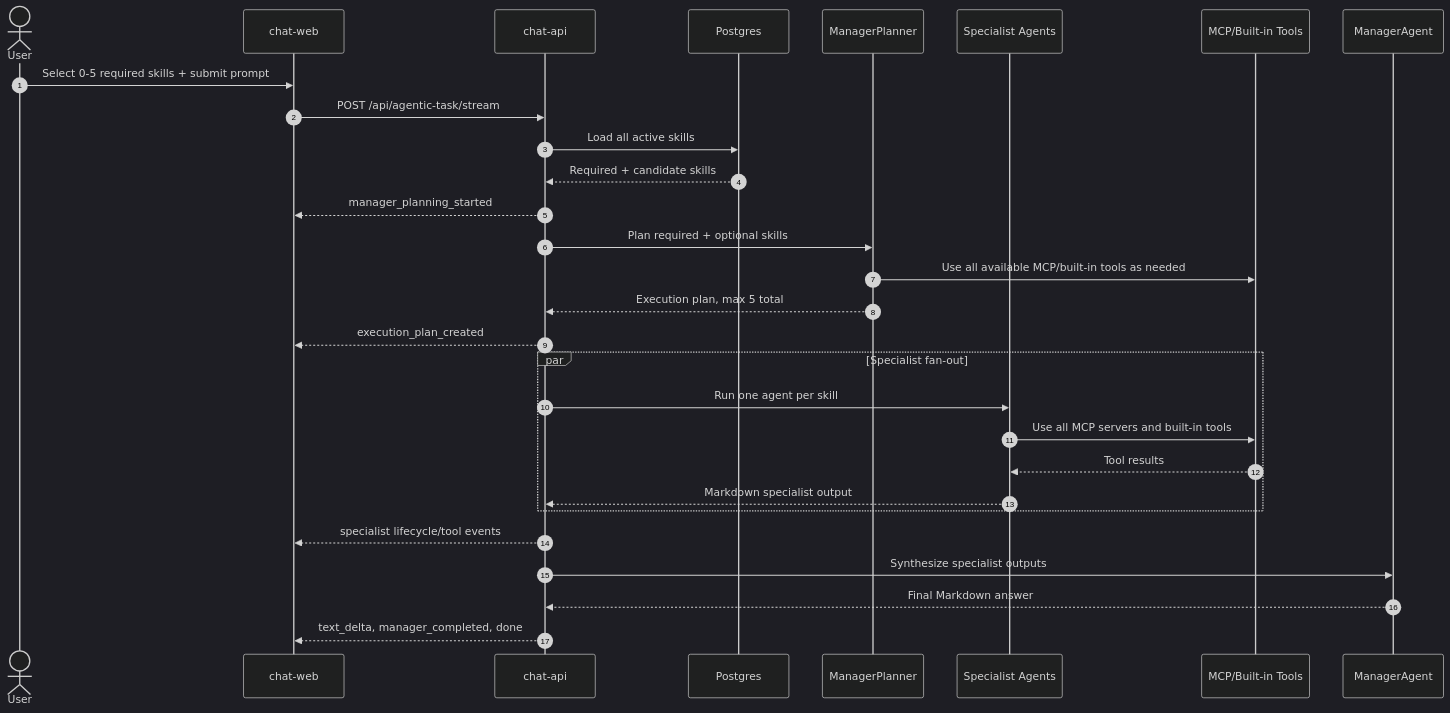
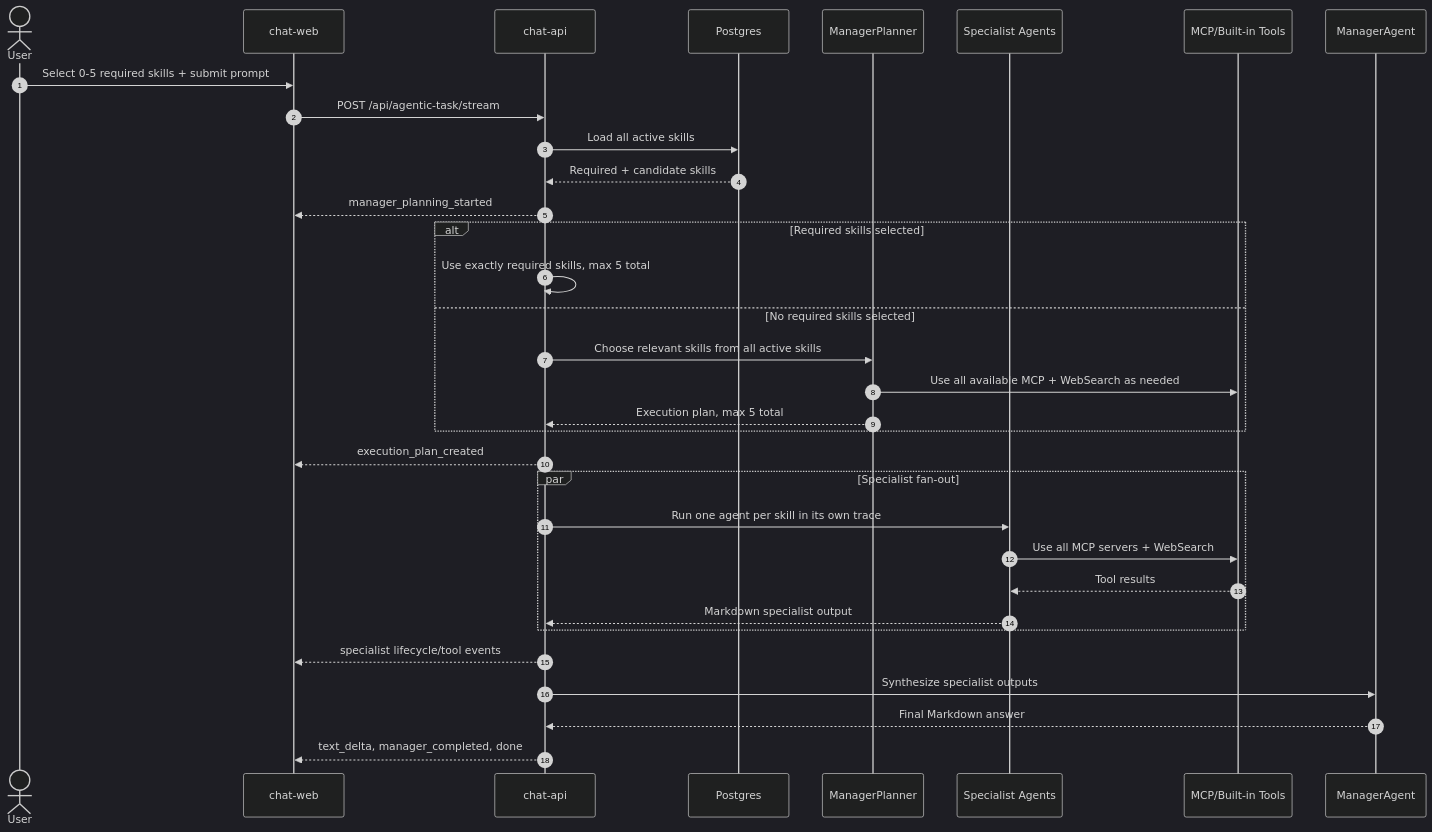
Before and after one commit to CJsGit-tech/TWStock-Agents: the third of 6 diagrams in docs/CURRENT_ARCHITECTURE.md, drawn with Mermaid (dark theme). The commit also changed other lines of this file and 16 other files, not shown here.

````diff
--- a/docs/CURRENT_ARCHITECTURE.md
+++ b/docs/CURRENT_ARCHITECTURE.md
@@ -90,32 +166,36 @@
 ```mermaid
 sequenceDiagram
     autonumber
     actor U as User
     participant W as chat-web
     participant A as chat-api
     participant DB as Postgres
     participant P as ManagerPlanner
     participant S as Specialist Agents
     participant T as MCP/Built-in Tools
     participant M as ManagerAgent
 
     U->>W: Select 0-5 required skills + submit prompt
     W->>A: POST /api/agentic-task/stream
     A->>DB: Load all active skills
     DB-->>A: Required + candidate skills
     A-->>W: manager_planning_started
-    A->>P: Plan required + optional skills
-    P->>T: Use all available MCP/built-in tools as needed
-    P-->>A: Execution plan, max 5 total
+    alt Required skills selected
+        A->>A: Use exactly required skills, max 5 total
+    else No required skills selected
+        A->>P: Choose relevant skills from all active skills
+        P->>T: Use all available MCP + WebSearch as needed
+        P-->>A: Execution plan, max 5 total
+    end
     A-->>W: execution_plan_created
     par Specialist fan-out
-        A->>S: Run one agent per skill
-        S->>T: Use all MCP servers and built-in tools
+        A->>S: Run one agent per skill in its own trace
+        S->>T: Use all MCP servers + WebSearch
         T-->>S: Tool results
         S-->>A: Markdown specialist output
     end
     A-->>W: specialist lifecycle/tool events
     A->>M: Synthesize specialist outputs
     M-->>A: Final Markdown answer
     A-->>W: text_delta, manager_completed, done
 ```
````
